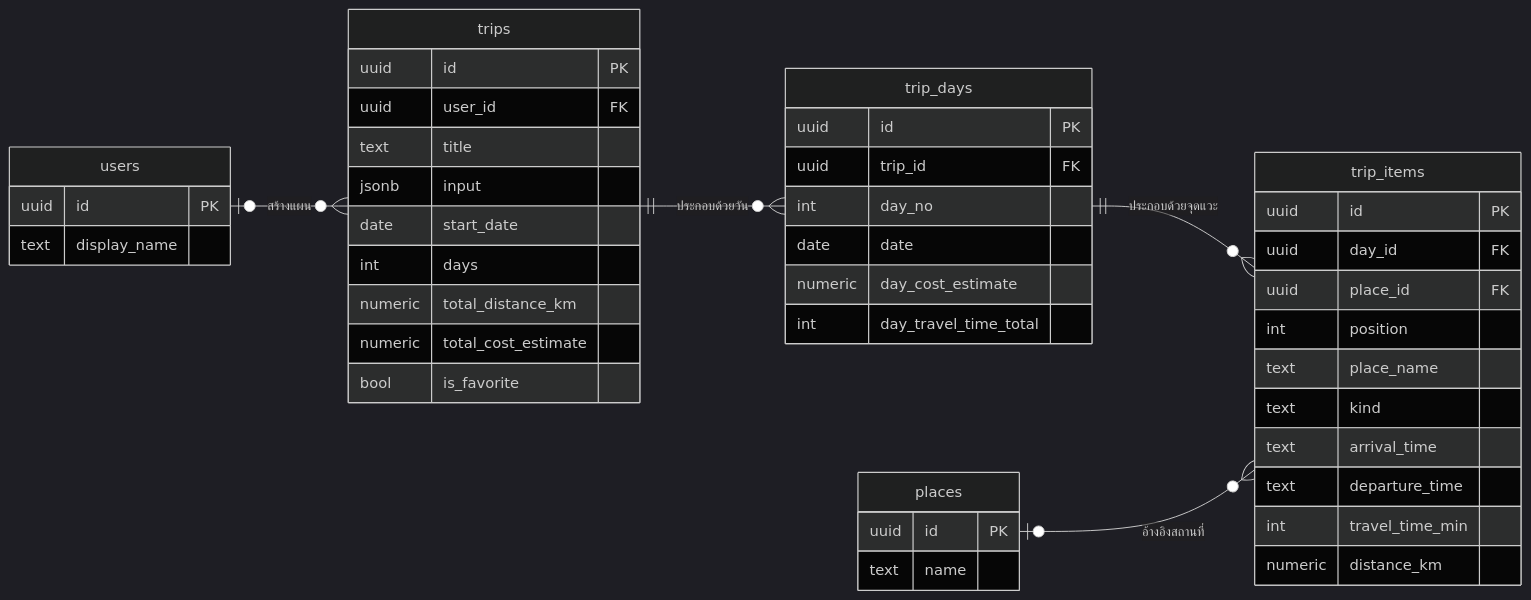
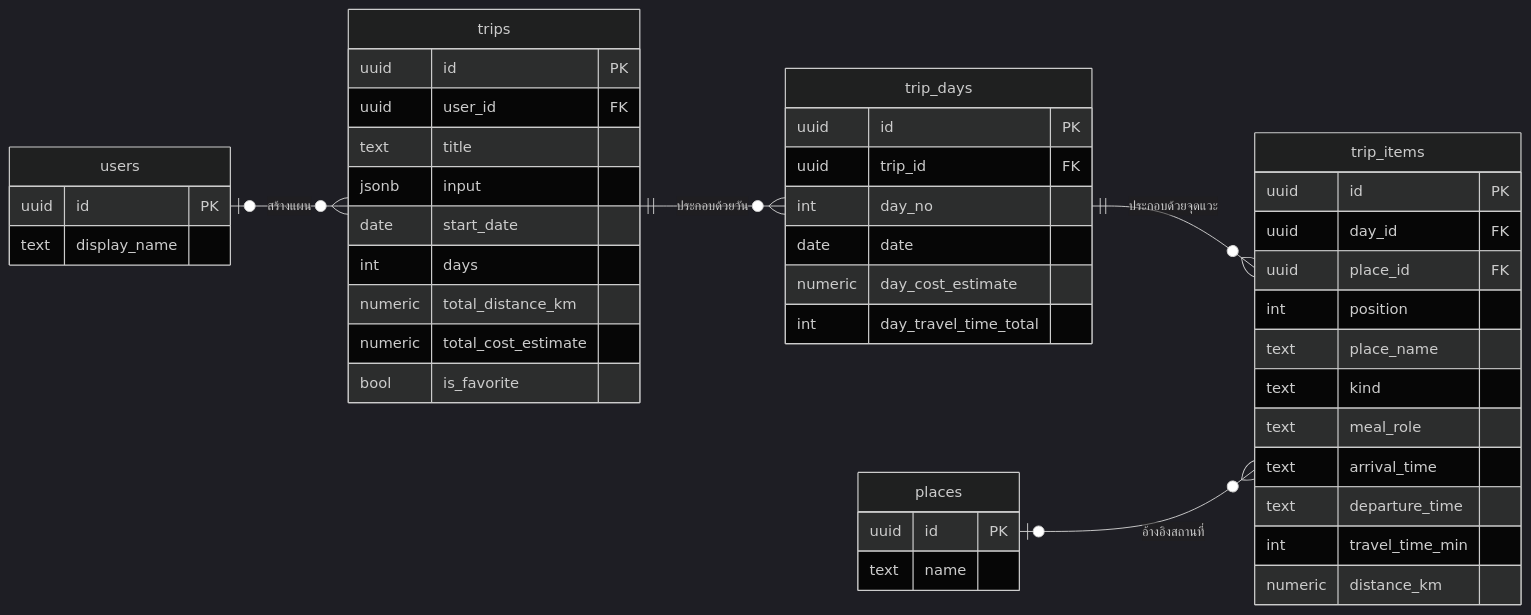
The diagram in report/images/erd/erd-5-trip.mmd (Poeir/docs-project1), drawn with Mermaid (dark theme) before and after one commit. The commit also changed 21 other files, not shown here.

```diff
--- a/report/images/erd/erd-5-trip.mmd
+++ b/report/images/erd/erd-5-trip.mmd
@@ -1,46 +1,47 @@
 erDiagram
     direction LR
     users |o--o{ trips : "สร้างแผน"
     trips ||--o{ trip_days : "ประกอบด้วยวัน"
     trip_days ||--o{ trip_items : "ประกอบด้วยจุดแวะ"
     places |o--o{ trip_items : "อ้างอิงสถานที่"
 
     users {
         uuid id PK
         text display_name
     }
     places {
         uuid id PK
         text name
     }
     trips {
         uuid id PK
         uuid user_id FK
         text title
         jsonb input
         date start_date
         int days
         numeric total_distance_km
         numeric total_cost_estimate
         bool is_favorite
     }
     trip_days {
         uuid id PK
         uuid trip_id FK
         int day_no
         date date
         numeric day_cost_estimate
         int day_travel_time_total
     }
     trip_items {
         uuid id PK
         uuid day_id FK
         uuid place_id FK
         int position
         text place_name
         text kind
+        text meal_role
         text arrival_time
         text departure_time
         int travel_time_min
         numeric distance_km
     }
```
